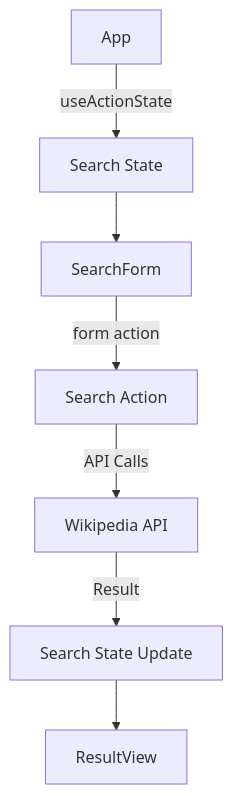
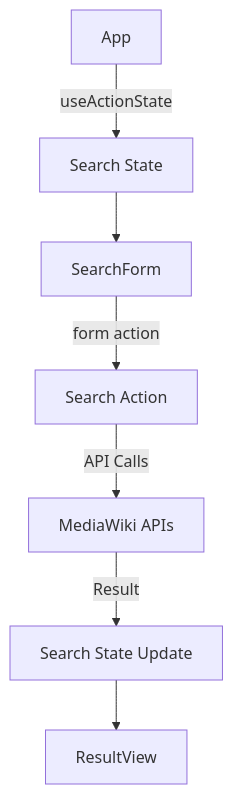
The diagram in architecture-overview.md (Wintus/Wikipedia-Blame), drawn with Mermaid before and after one commit. The commit also changed 2 other files, not shown here.

Commit message:
docs: update references of renamed modules

````diff
--- a/architecture-overview.md
+++ b/architecture-overview.md
@@ -26,9 +26,9 @@
 ```mermaid
 graph TD
     A[App] -->|useActionState| B[Search State]
     B --> C[SearchForm]
     C -->|form action| D[Search Action]
-    D -->|API Calls| E[Wikipedia API]
+    D -->|API Calls| E[MediaWiki APIs]
     E -->|Result| F[Search State Update]
     F --> G[ResultView]
 ```
````
